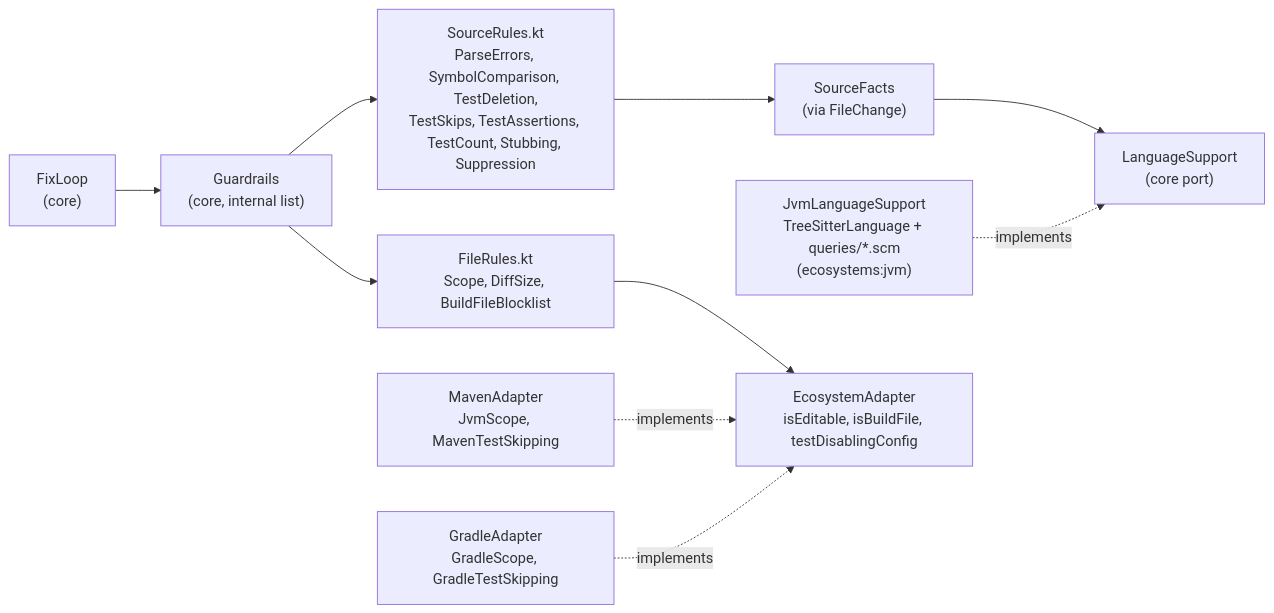
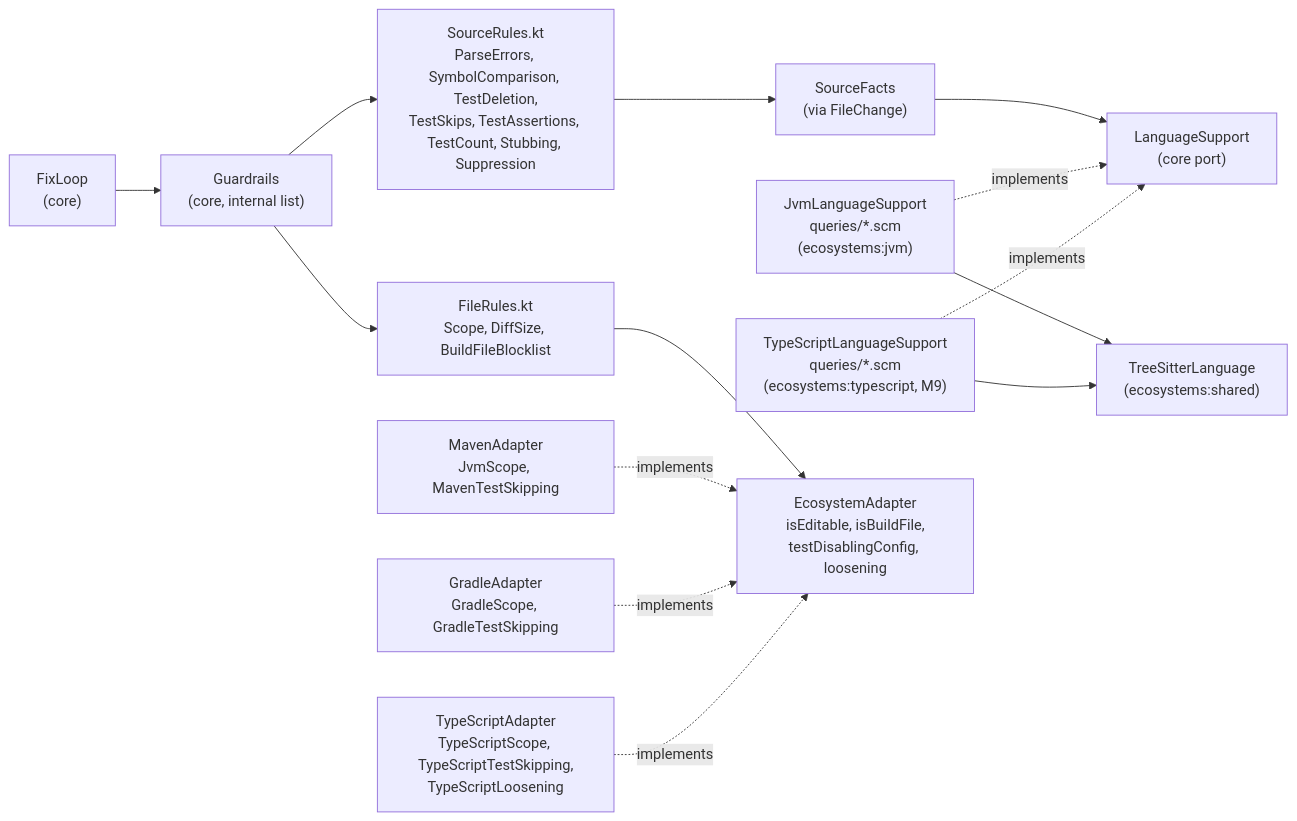
The first of 2 diagrams in docs/architecture/guardrails.md (danvan86/lector-ai), drawn with Mermaid before and after one commit. The commit also changed other lines of this file and 9 other files, not shown here.

First line of the commit message:
docs(architecture): document the TypeScript adapter and sync the docs with M9

````diff
--- a/docs/architecture/guardrails.md
+++ b/docs/architecture/guardrails.md
@@ -17,12 +17,16 @@
 ```mermaid
 flowchart LR
     loop["FixLoop<br/>(core)"] --> g["Guardrails<br/>(core, internal list)"]
     g --> file["FileRules.kt<br/>Scope, DiffSize, BuildFileBlocklist"]
     g --> src["SourceRules.kt<br/>ParseErrors, SymbolComparison, TestDeletion,<br/>TestSkips, TestAssertions, TestCount, Stubbing, Suppression"]
     src --> facts["SourceFacts<br/>(via FileChange)"]
     facts --> port["LanguageSupport<br/>(core port)"]
-    jvm["JvmLanguageSupport<br/>TreeSitterLanguage + queries/*.scm<br/>(ecosystems:jvm)"] -. implements .-> port
-    file --> adapter["EcosystemAdapter<br/>isEditable, isBuildFile, testDisablingConfig"]
+    jvm["JvmLanguageSupport<br/>queries/*.scm<br/>(ecosystems:jvm)"] -. implements .-> port
+    tsl["TypeScriptLanguageSupport<br/>queries/*.scm<br/>(ecosystems:typescript, M9)"] -. implements .-> port
+    jvm --> tsr["TreeSitterLanguage<br/>(ecosystems:shared)"]
+    tsl --> tsr
+    file --> adapter["EcosystemAdapter<br/>isEditable, isBuildFile,<br/>testDisablingConfig, loosening"]
     maven["MavenAdapter<br/>JvmScope, MavenTestSkipping"] -. implements .-> adapter
     gradle["GradleAdapter<br/>GradleScope, GradleTestSkipping"] -. implements .-> adapter
+    ts["TypeScriptAdapter<br/>TypeScriptScope, TypeScriptTestSkipping,<br/>TypeScriptLoosening"] -. implements .-> adapter
 ```
````
